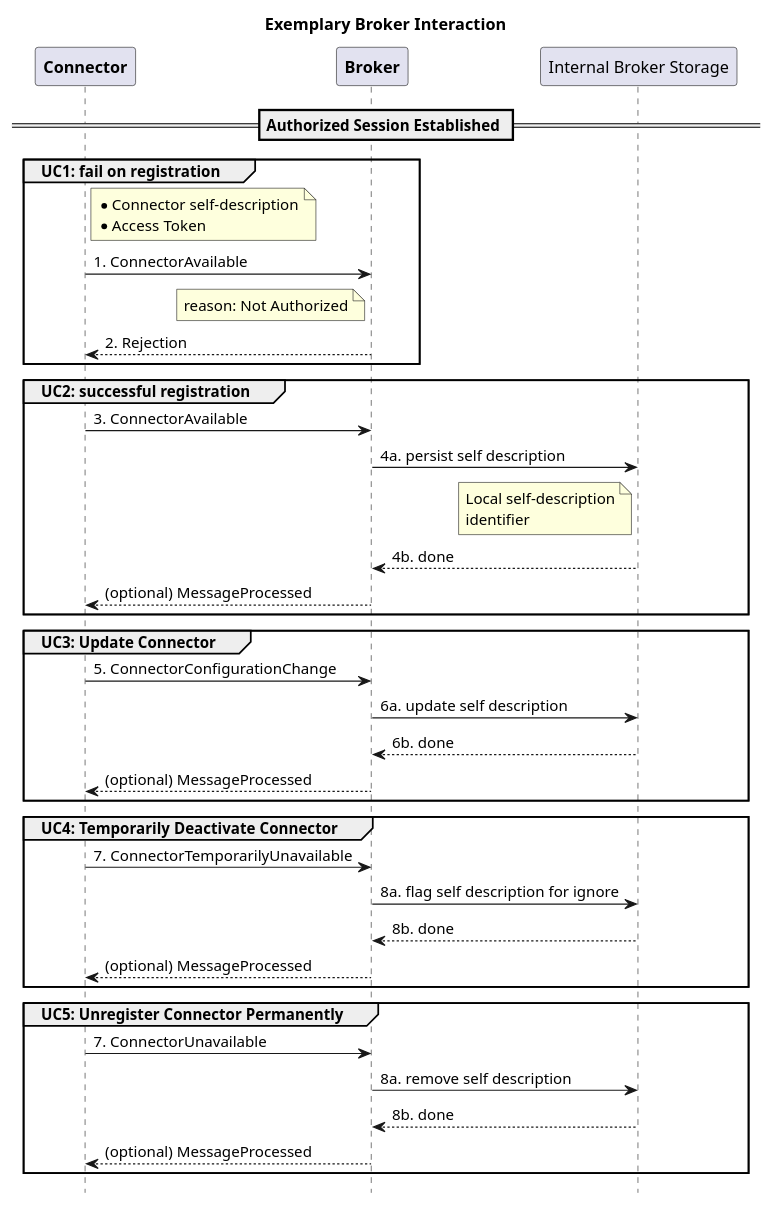
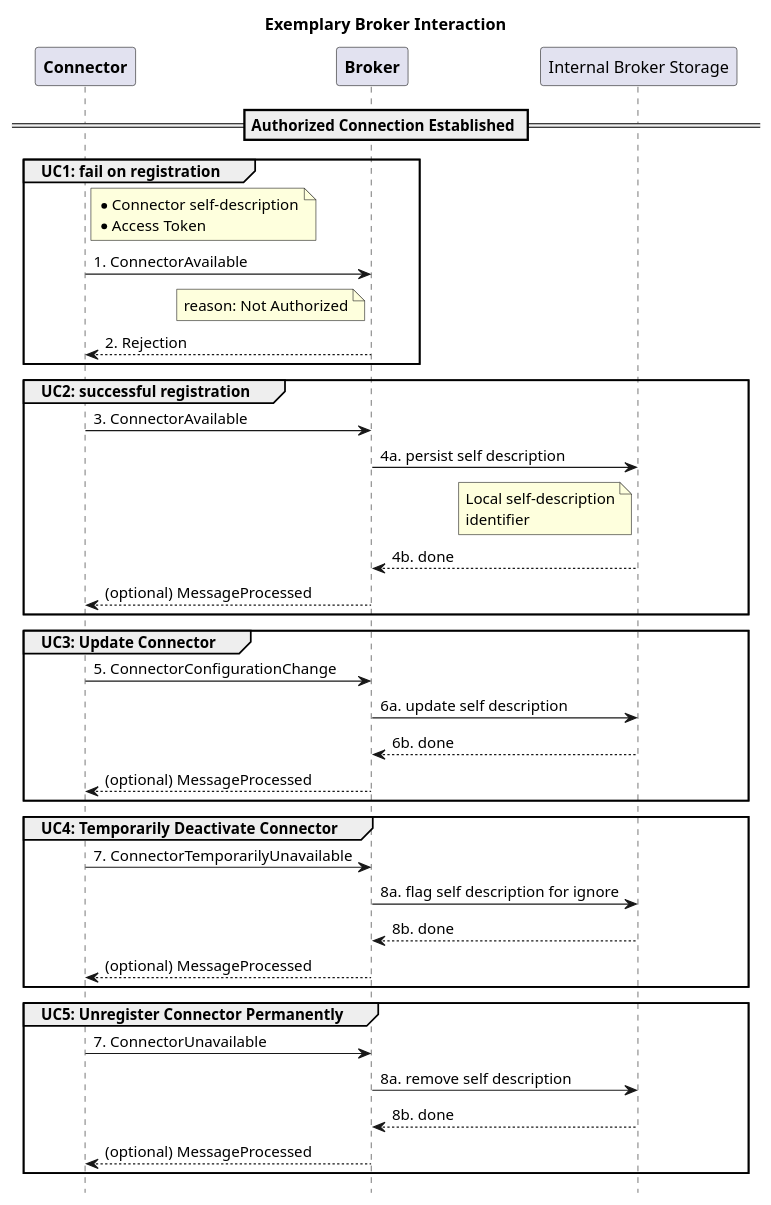
The diagram in broker_interaction.plantuml (IndustrialDataSpace/Documentation), drawn with PlantUML before and after one commit. The commit also changed 4 other files, not shown here.

```diff
--- a/broker_interaction.plantuml
+++ b/broker_interaction.plantuml
@@ -1,49 +1,49 @@
 @startuml
 
 hide footbox
 
 title Exemplary Broker Interaction
 
 participant "**Connector**" as C
 participant "**Broker**" as B
 participant "Internal Broker Storage" as IBS
 
-== Authorized Session Established ==
+== Authorized Connection Established ==
 
 group UC1: fail on registration
     note right of C: *Connector self-description\n*Access Token
     C -> B: 1. ConnectorAvailable
     note left of B: reason: Not Authorized
     B --> C: 2. Rejection
 end
 
 group UC2: successful registration
     C -> B: 3. ConnectorAvailable
     B -> IBS: 4a. persist self description
     note left of IBS: Local self-description\nidentifier
     IBS --> B: 4b. done
     B --> C: (optional) MessageProcessed
 end
 
 group UC3: Update Connector
     C -> B: 5. ConnectorConfigurationChange
     B -> IBS: 6a. update self description
     IBS --> B: 6b. done
     B --> C: (optional) MessageProcessed
 end
 
 group UC4: Temporarily Deactivate Connector
     C -> B: 7. ConnectorTemporarilyUnavailable
     B -> IBS: 8a. flag self description for ignore
     IBS --> B: 8b. done
     B --> C: (optional) MessageProcessed
 end
 
 group UC5: Unregister Connector Permanently
     C -> B: 7. ConnectorUnavailable
     B -> IBS: 8a. remove self description
     IBS --> B: 8b. done
     B --> C: (optional) MessageProcessed
 end
 
 @enduml
```
